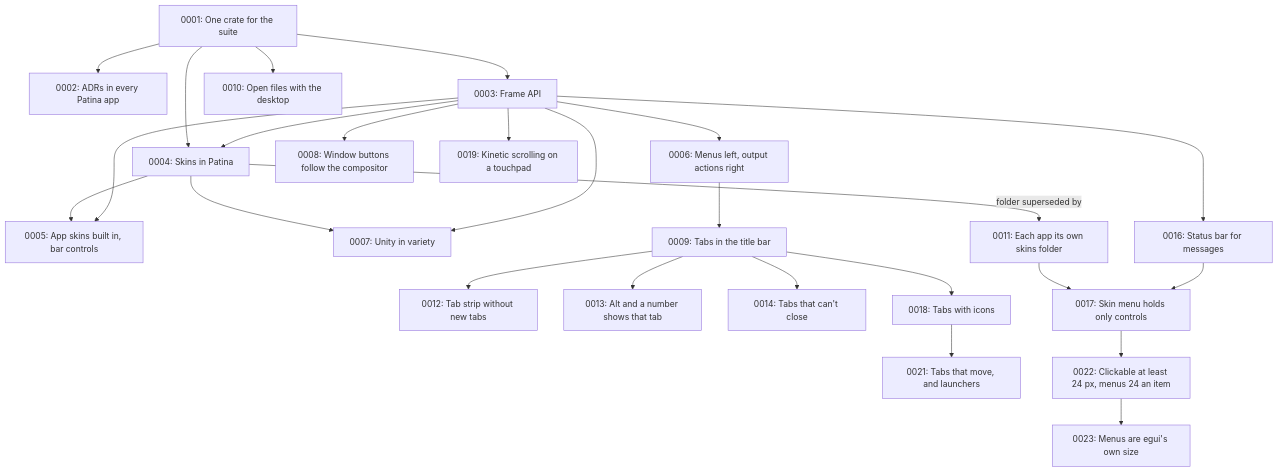
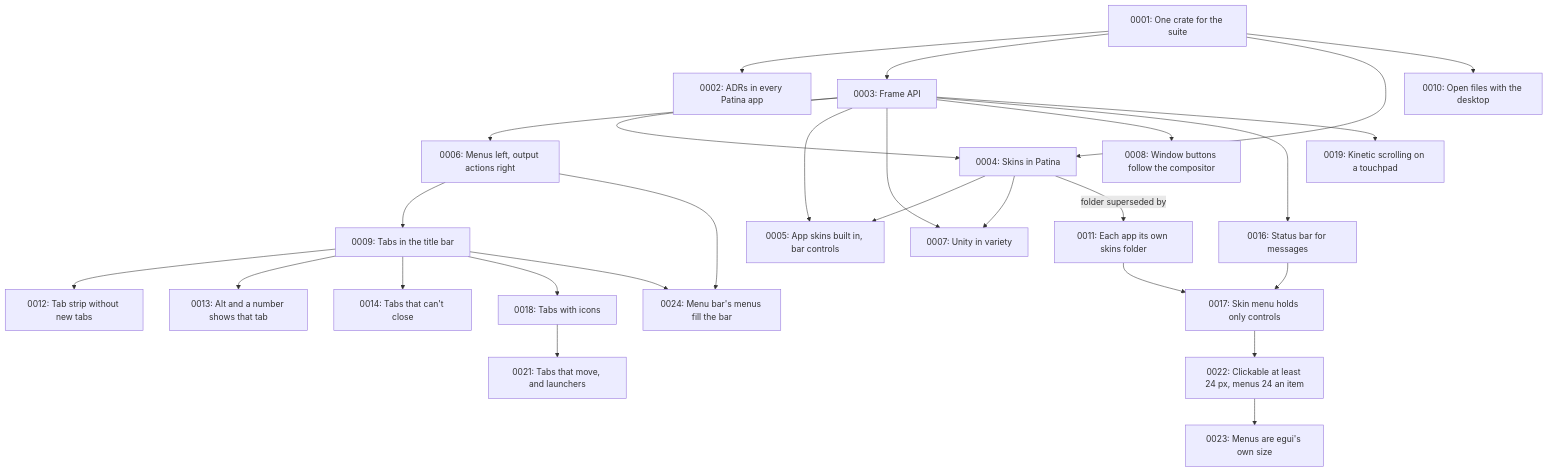
One commit to Sector-F-Labs/patina changed the diagram in docs/adr/README.md. Above: the diagram before and after it, drawn with Mermaid. The commit also changed other lines of this file and 5 other files, not shown here.

First line of the commit message:
The menu bar's menus fill the bar, lit as the shown tab (ADR-0024)

````diff
--- a/docs/adr/README.md
+++ b/docs/adr/README.md
@@ -71,27 +72,29 @@
 ```mermaid
 flowchart TD
     A[0001: One crate for the suite] --> B[0002: ADRs in every Patina app]
     A --> C[0003: Frame API]
     A --> D[0004: Skins in Patina]
     C --> D
     D --> E[0005: App skins built in, bar controls]
     C --> F[0006: Menus left, output actions right]
     C --> E
     D --> G[0007: Unity in variety]
     C --> G
     C --> H[0008: Window buttons follow the compositor]
     F --> I[0009: Tabs in the title bar]
     A --> J[0010: Open files with the desktop]
     D -->|folder superseded by| K[0011: Each app its own skins folder]
     I --> L[0012: Tab strip without new tabs]
     I --> M[0013: Alt and a number shows that tab]
     I --> N[0014: Tabs that can't close]
     I --> Q[0018: Tabs with icons]
     Q --> S[0021: Tabs that move, and launchers]
     C --> O[0016: Status bar for messages]
     K --> P[0017: Skin menu holds only controls]
     O --> P
     C --> R[0019: Kinetic scrolling on a touchpad]
     P --> T[0022: Clickable at least 24 px, menus 24 an item]
     T --> U[0023: Menus are egui's own size]
+    F --> V[0024: Menu bar's menus fill the bar]
+    I --> V
 ```
````
